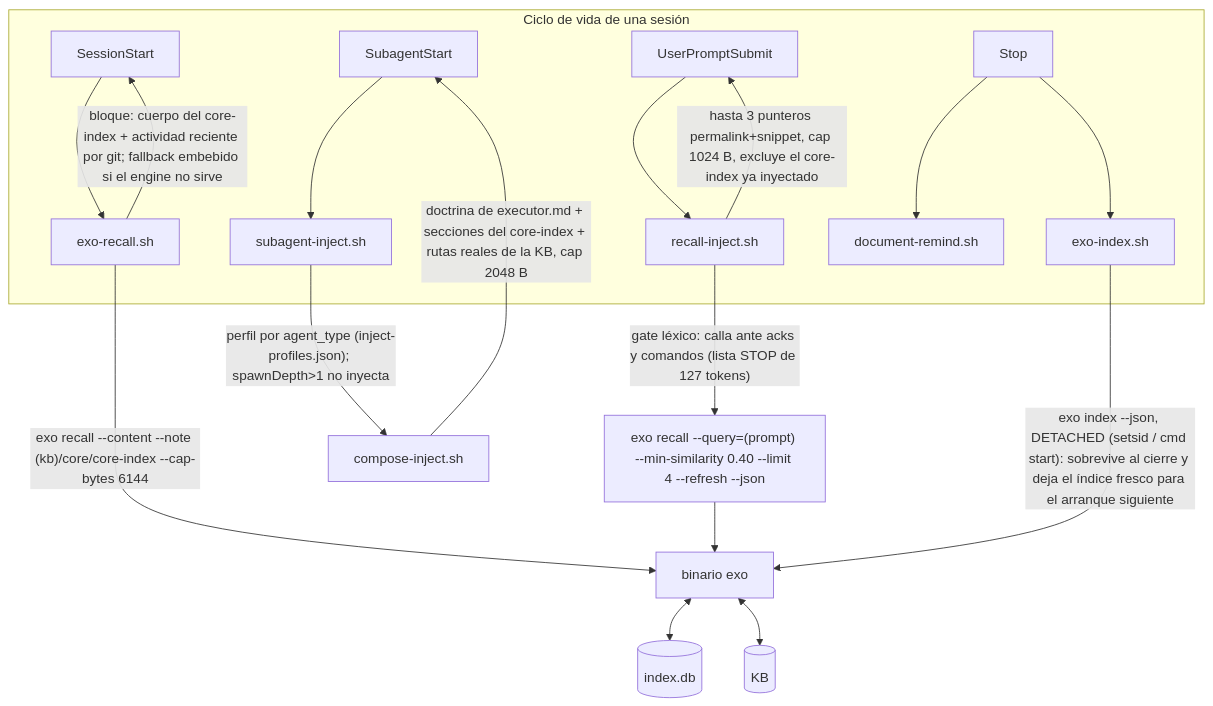
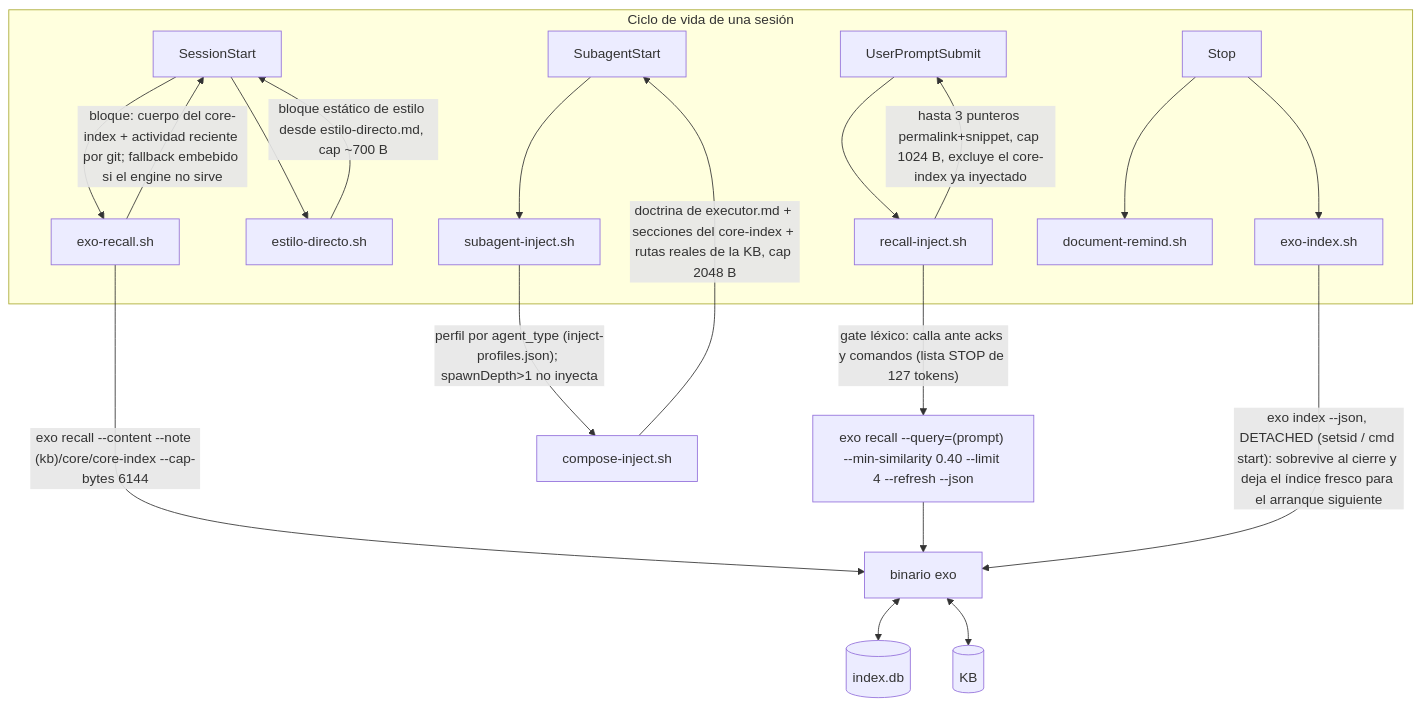
Before and after one commit to pguerrerolinares/exo: the fourth of 4 diagrams in docs/arquitectura.md, drawn with Mermaid. The commit also changed other lines of this file and 4 other files, not shown here.

````diff
--- a/docs/arquitectura.md
+++ b/docs/arquitectura.md
@@ -327,23 +327,25 @@
 ```mermaid
 flowchart TD
     subgraph sesion["Ciclo de vida de una sesión"]
         SS["SessionStart"] --> ERS["exo-recall.sh"]
+        SS --> EDS["estilo-directo.sh"]
         UP["UserPromptSubmit"] --> RIS["recall-inject.sh"]
         SA["SubagentStart"] --> SIS["subagent-inject.sh"]
         ST["Stop"] --> EIS["exo-index.sh"] & DRS["document-remind.sh"]
     end
 
     ERS -->|"exo recall --content --note (kb)/core/core-index --cap-bytes 6144"| ENG["binario exo"]
     ERS -->|"bloque: cuerpo del core-index + actividad reciente por git; fallback embebido si el engine no sirve"| SS
+    EDS -->|"bloque estático de estilo desde estilo-directo.md, cap ~700 B"| SS
 
     RIS -->|"gate léxico: calla ante acks y comandos (lista STOP de 127 tokens)"| RIS2["exo recall --query=(prompt) --min-similarity 0.40 --limit 4 --refresh --json"]
     RIS2 --> ENG
     RIS -->|"hasta 3 punteros permalink+snippet, cap 1024 B, excluye el core-index ya inyectado"| UP
 
     SIS -->|"perfil por agent_type (inject-profiles.json); spawnDepth>1 no inyecta"| CIS["compose-inject.sh"]
     CIS -->|"doctrina de executor.md + secciones del core-index + rutas reales de la KB, cap 2048 B"| SA
 
     EIS -->|"exo index --json, DETACHED (setsid / cmd start): sobrevive al cierre y deja el índice fresco para el arranque siguiente"| ENG
     ENG <--> DB[("index.db")]
     ENG <--> KB[("KB")]
 ```
````
